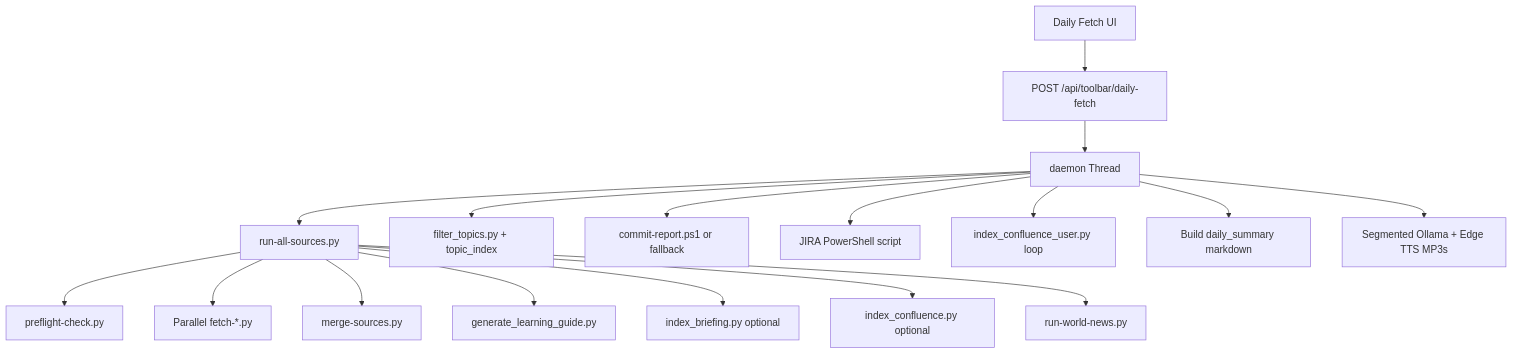
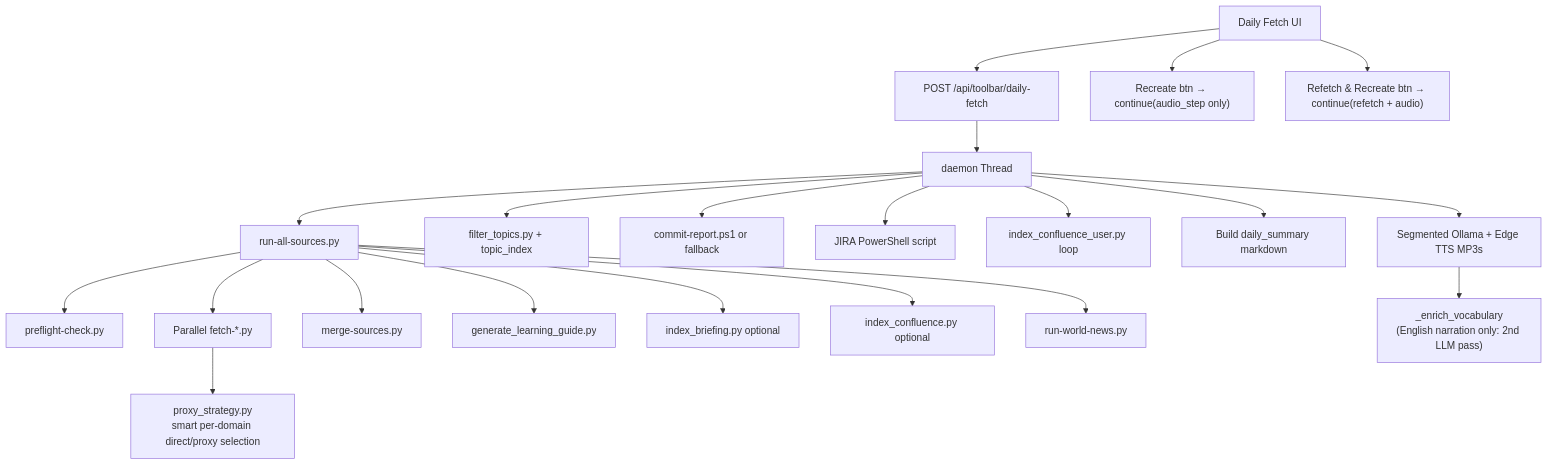
Before and after one commit to medavisyin/jarvis-yin: the diagram in docs/implementation/personal/daily-fetch-impl.md, drawn with Mermaid. The commit also changed other lines of this file and 62 other files, not shown here.

````diff
--- a/docs/implementation/personal/daily-fetch-impl.md
+++ b/docs/implementation/personal/daily-fetch-impl.md
@@ -25,19 +25,23 @@
 ```mermaid
 flowchart TD
   UI[Daily Fetch UI] --> POST["POST /api/toolbar/daily-fetch"]
+  UI --> RecreateOnly["Recreate btn → continue(audio_step only)"]
+  UI --> RefetchRecreate["Refetch & Recreate btn → continue(refetch + audio)"]
   POST --> Thread[daemon Thread]
   Thread --> RAS["run-all-sources.py"]
   RAS --> PF[preflight-check.py]
   RAS --> Fetch[Parallel fetch-*.py]
+  Fetch --> Proxy["proxy_strategy.py<br/>smart per-domain direct/proxy selection"]
   RAS --> Merge[merge-sources.py]
   RAS --> LG[generate_learning_guide.py]
   RAS --> Idx[index_briefing.py optional]
   RAS --> Conf[index_confluence.py optional]
   RAS --> WN[run-world-news.py]
   Thread --> Dedup["filter_topics.py + topic_index"]
   Thread --> Commit[commit-report.ps1 or fallback]
   Thread --> Jira[JIRA PowerShell script]
   Thread --> Wiki[index_confluence_user.py loop]
   Thread --> Sum[Build daily_summary markdown]
   Thread --> Audio[Segmented Ollama + Edge TTS MP3s]
+  Audio --> Enrich["_enrich_vocabulary<br/>(English narration only: 2nd LLM pass)"]
 ```
````
